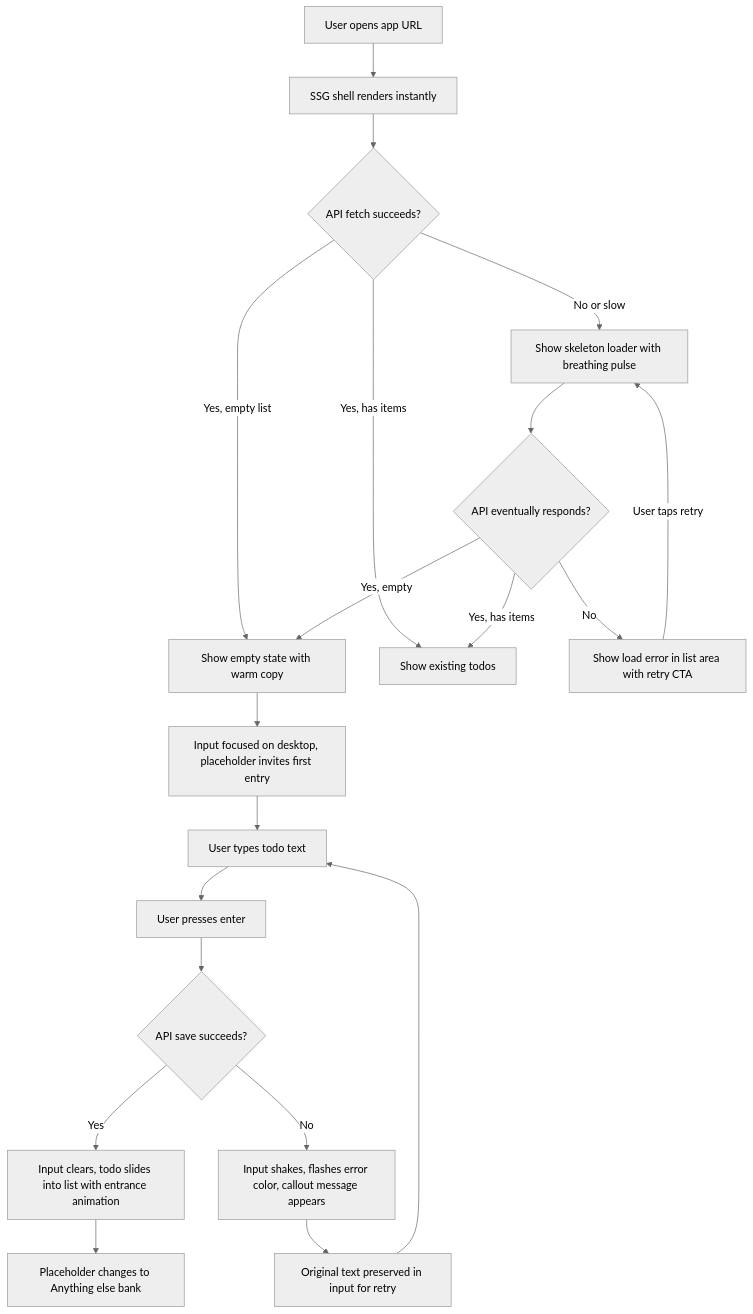
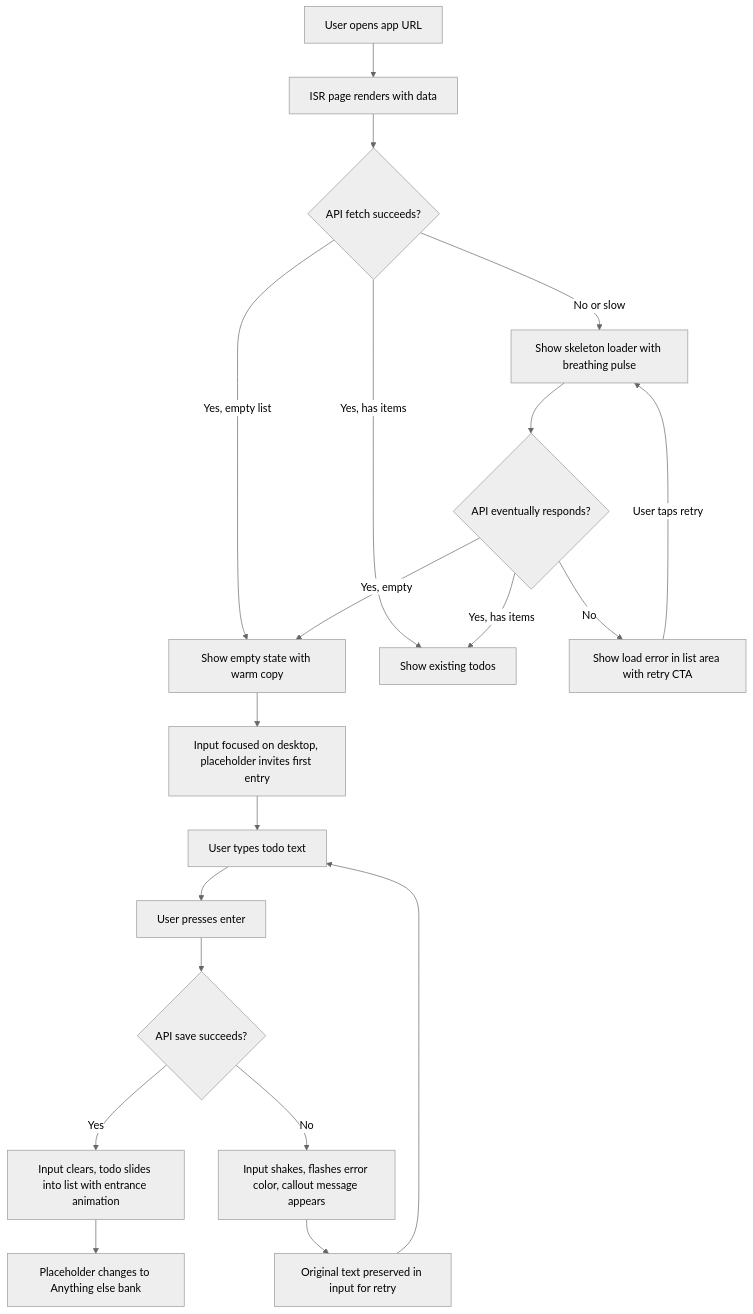
The first of 4 diagrams in _bmad-output/planning-artifacts/ux-design-specification.md (kgpax/todo-bmad), drawn with Mermaid (neutral theme) before and after one commit. The commit also changed other lines of this file and 4 other files, not shown here.

Commit message:
Created architecture doc

````diff
--- a/_bmad-output/planning-artifacts/ux-design-specification.md
+++ b/_bmad-output/planning-artifacts/ux-design-specification.md
@@ -445,22 +445,22 @@
 ```mermaid
 flowchart TD
-    A[User opens app URL] --> B[SSG shell renders instantly]
+    A[User opens app URL] --> B[ISR page renders with data]
     B --> C{API fetch succeeds?}
     C -->|Yes, empty list| D[Show empty state with warm copy]
     C -->|Yes, has items| E[Show existing todos]
     C -->|No or slow| F[Show skeleton loader with breathing pulse]
     F --> G{API eventually responds?}
     G -->|Yes, empty| D
     G -->|Yes, has items| E
     G -->|No| H[Show load error in list area with retry CTA]
     H -->|User taps retry| F
     D --> I[Input focused on desktop, placeholder invites first entry]
     I --> J[User types todo text]
     J --> K[User presses enter]
     K --> L{API save succeeds?}
     L -->|Yes| M[Input clears, todo slides into list with entrance animation]
     M --> N[Placeholder changes to Anything else bank]
     L -->|No| O[Input shakes, flashes error color, callout message appears]
     O --> P[Original text preserved in input for retry]
     P --> J
 ```
````
